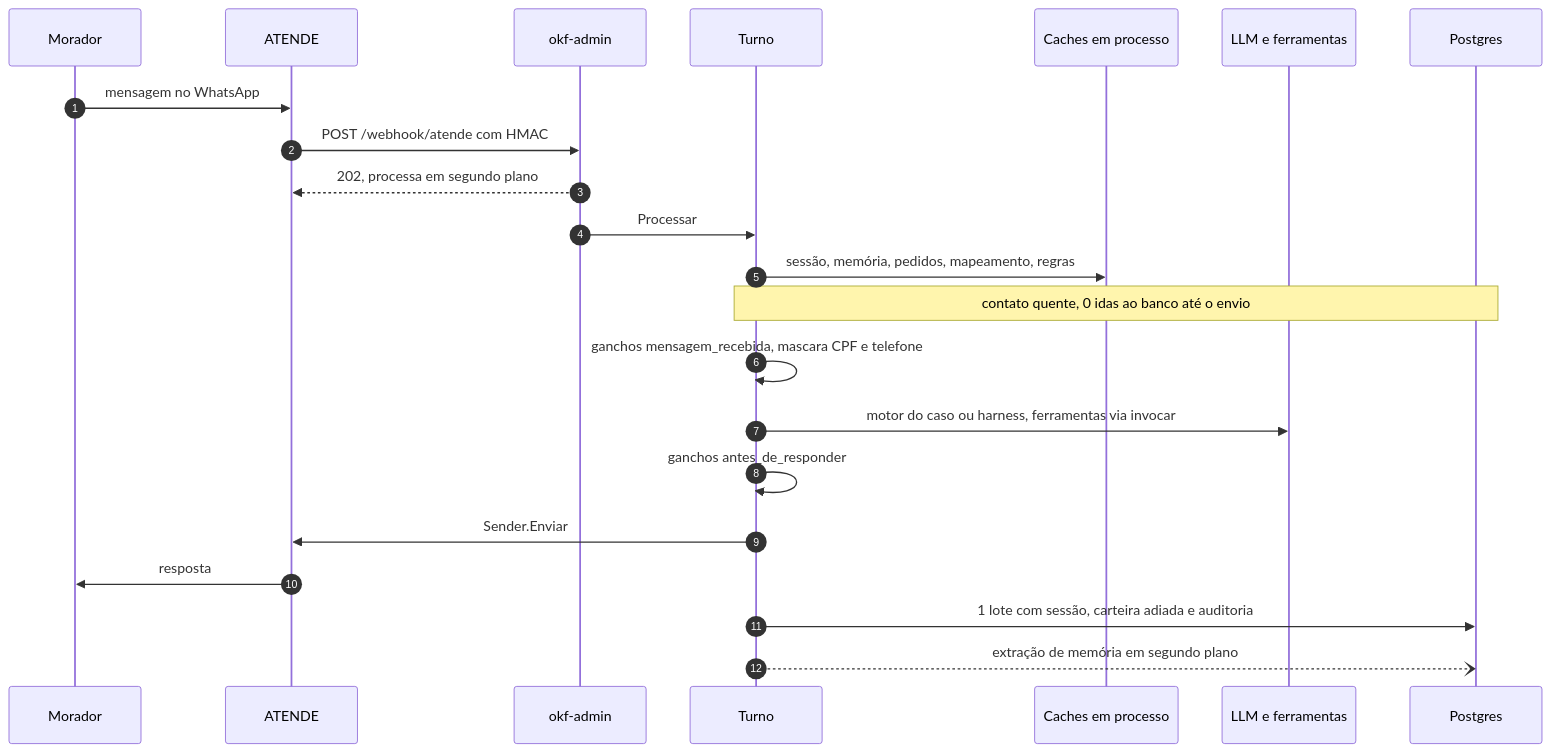
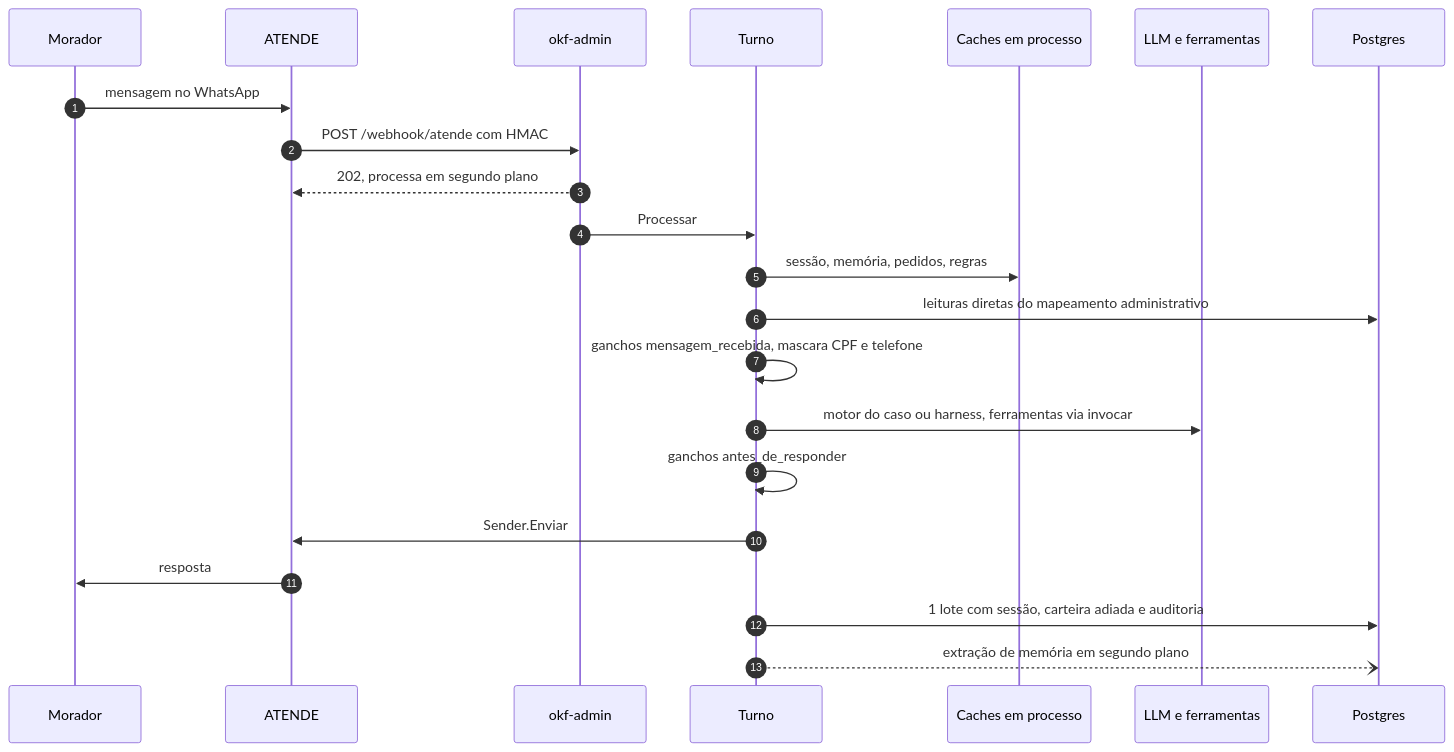
Before and after one commit to andersonfraiha-sl/go-concierge: the second of 2 diagrams in README.md, drawn with Mermaid. The commit also changed other lines of this file and 8 other files, not shown here.

````diff
--- a/README.md
+++ b/README.md
@@ -134,25 +136,25 @@
 ```mermaid
 sequenceDiagram
     autonumber
     participant M as Morador
     participant A as ATENDE
     participant W as okf-admin
     participant T as Turno
     participant C as Caches em processo
     participant X as LLM e ferramentas
     participant P as Postgres
 
     M->>A: mensagem no WhatsApp
     A->>W: POST /webhook/atende com HMAC
     W-->>A: 202, processa em segundo plano
     W->>T: Processar
-    T->>C: sessão, memória, pedidos, mapeamento, regras
-    Note over T,P: contato quente, 0 idas ao banco até o envio
+    T->>C: sessão, memória, pedidos, regras
+    T->>P: leituras diretas do mapeamento administrativo
     T->>T: ganchos mensagem_recebida, mascara CPF e telefone
     T->>X: motor do caso ou harness, ferramentas via invocar
     T->>T: ganchos antes_de_responder
     T->>A: Sender.Enviar
     A->>M: resposta
     T->>P: 1 lote com sessão, carteira adiada e auditoria
     T--)P: extração de memória em segundo plano
 ```
````
